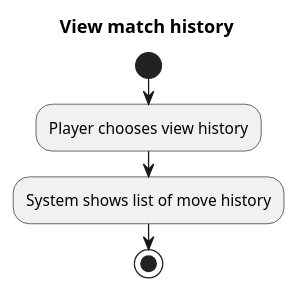
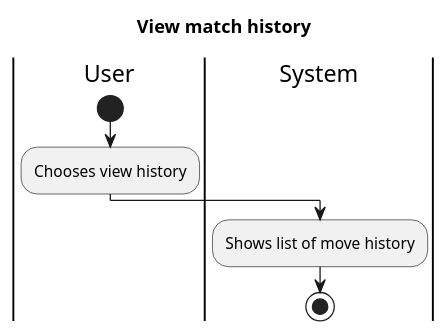
One commit to duyhq-zee1/chess-game changed the diagram in activity/view-move-history.puml. Above: the diagram before and after it, drawn with PlantUML. The commit also changed 3 other files, not shown here.

Commit message:
docs :add land activity diagram

```diff
--- a/activity/view-move-history.puml
+++ b/activity/view-move-history.puml
@@ -1,8 +1,9 @@
 @startuml "Activity diagram"
 title "View match history"
-
+|User|
 start
-:Player chooses view history;
-:System shows list of move history;
+:Chooses view history;
+|System|
+:Shows list of move history;
 stop
 @enduml
```
